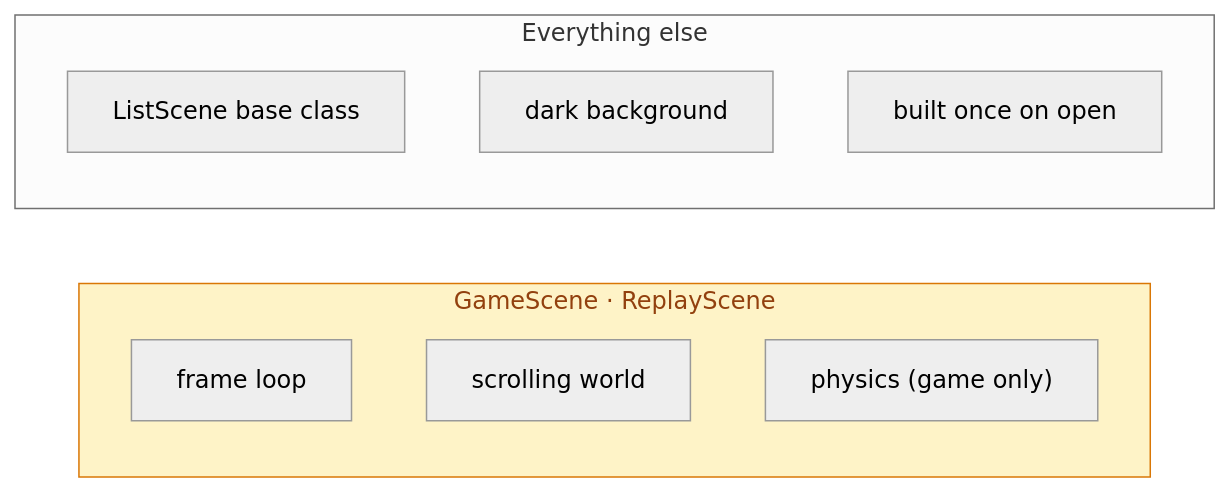
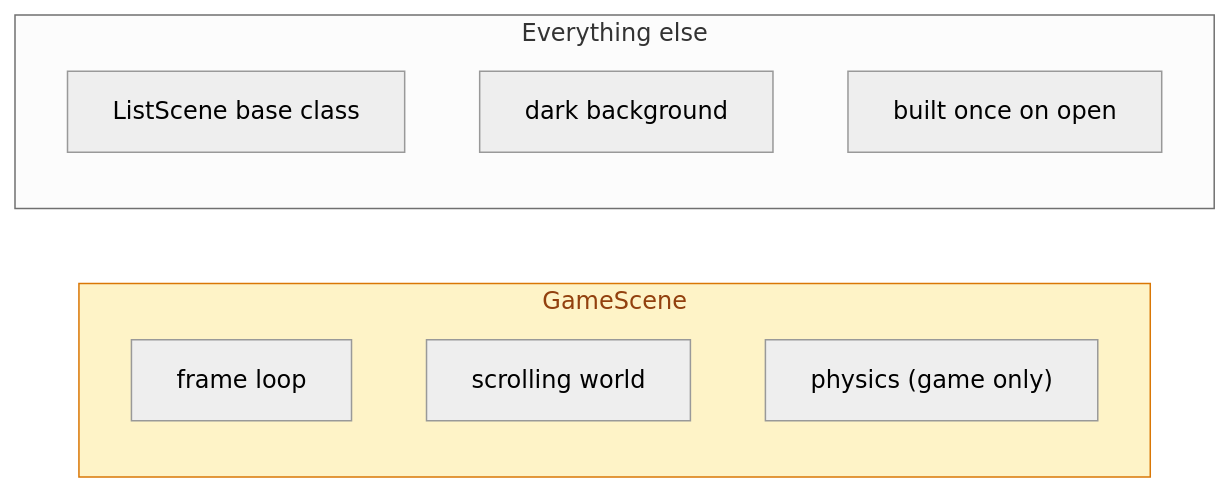
Before and after one commit to hoangsonww/Flappy-Bird-Game: the second of 6 diagrams in docs/SCREENS.md, drawn with Mermaid (neutral theme). The commit also changed other lines of this file and 43 other files, not shown here.

Commit message:
refactor(game): remove replay mode

````diff
--- a/docs/SCREENS.md
+++ b/docs/SCREENS.md
@@ -44,16 +39,16 @@
 ```mermaid
 flowchart LR
-    subgraph Live["GameScene · ReplayScene"]
+    subgraph Live["GameScene"]
         L1["frame loop"]
         L2["scrolling world"]
         L3["physics (game only)"]
     end
 
     subgraph Static["Everything else"]
         S1["ListScene base class"]
         S2["dark background"]
         S3["built once on open"]
     end
 
     style Live fill:#fef3c7,stroke:#d97706,color:#92400e
 ```
````
